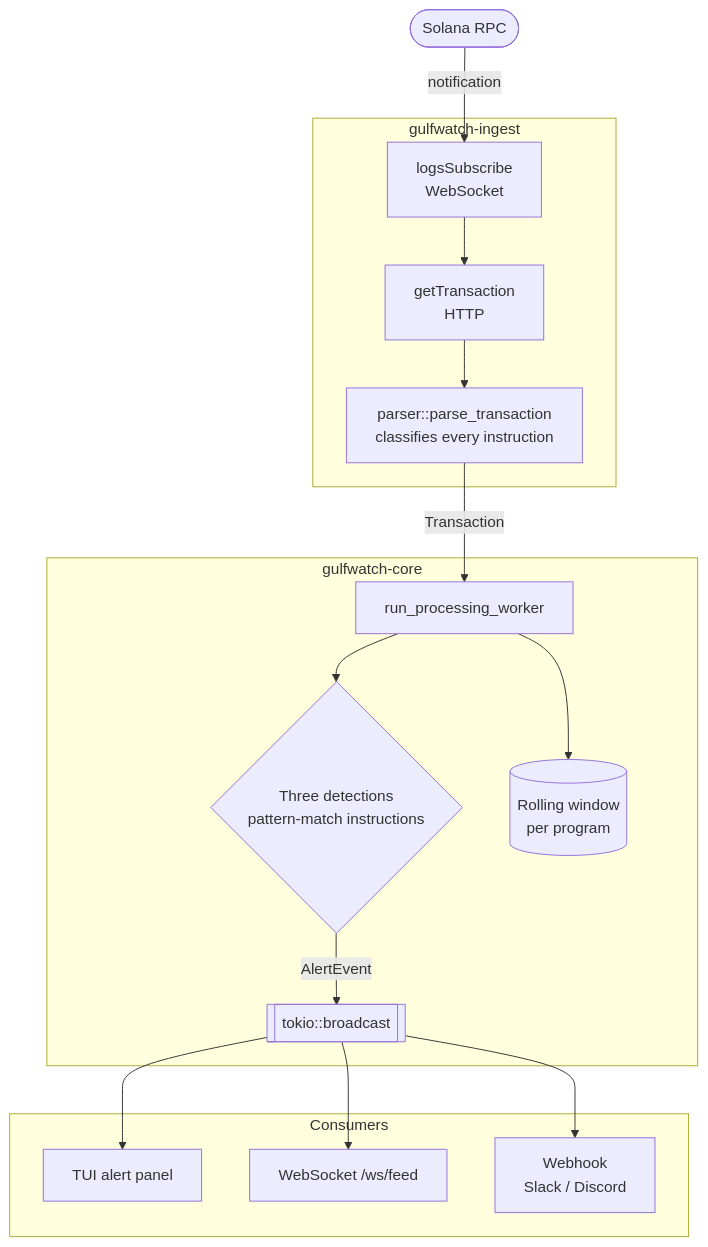
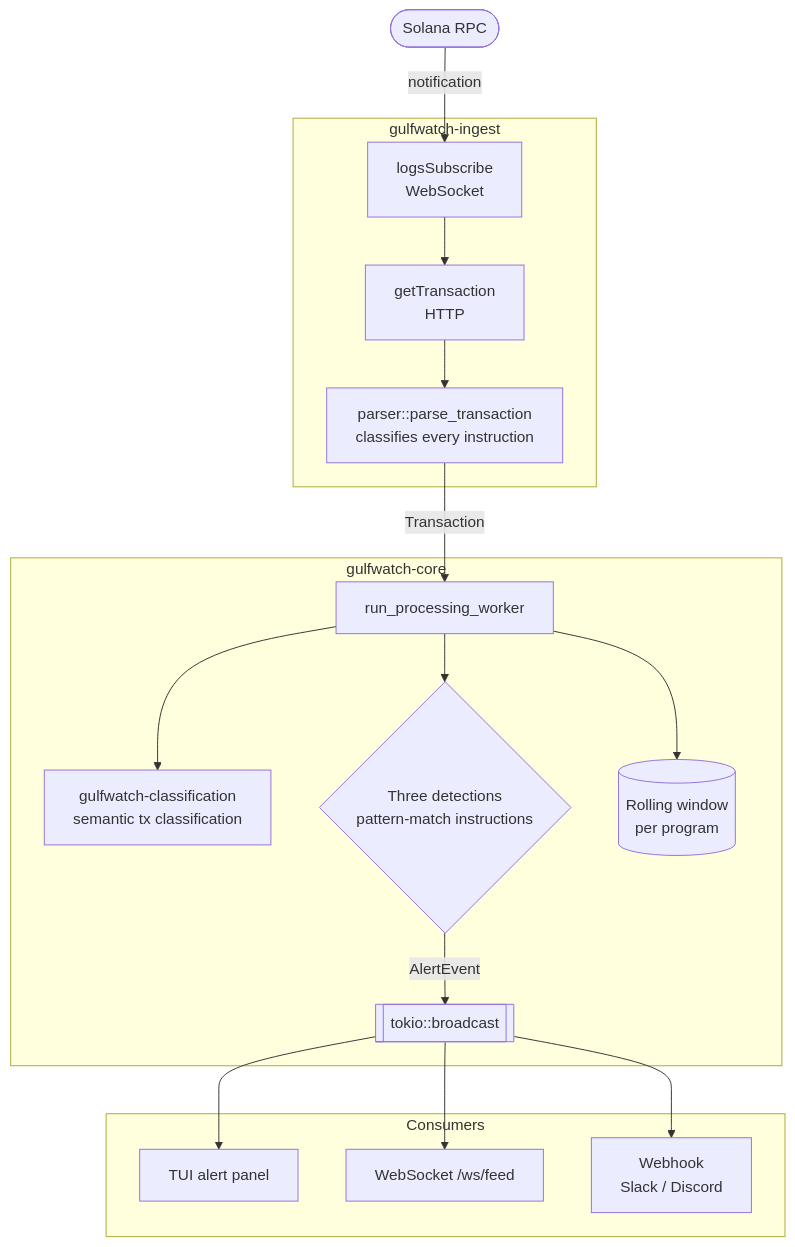
The diagram in docs/architecture.md (meowyx/gulfwatch), drawn with Mermaid before and after one commit. The commit also changed other lines of this file and 25 other files, not shown here.

Commit message:
added semantic transaction classification and debug trace

````diff
--- a/docs/architecture.md
+++ b/docs/architecture.md
@@ -15,34 +15,36 @@
 ```mermaid
 flowchart TD
     Solana([Solana RPC])
 
     subgraph Ingest [gulfwatch-ingest]
         WS[logsSubscribe<br/>WebSocket]
         Fetch[getTransaction<br/>HTTP]
         Parser[parser::parse_transaction<br/>classifies every instruction]
     end
 
     subgraph Core [gulfwatch-core]
         Worker[run_processing_worker]
+        TxClass[gulfwatch-classification<br/>semantic tx classification]
         Detections{Three detections<br/>pattern-match instructions}
         Window[(Rolling window<br/>per program)]
         Broadcast[[tokio::broadcast]]
     end
 
     subgraph Consumers [Consumers]
         TUI[TUI alert panel]
         WSFeed[WebSocket /ws/feed]
         Webhook[Webhook<br/>Slack / Discord]
     end
 
     Solana -->|notification| WS
     WS --> Fetch
     Fetch --> Parser
     Parser -->|Transaction| Worker
+    Worker --> TxClass
     Worker --> Window
     Worker --> Detections
     Detections -->|AlertEvent| Broadcast
     Broadcast --> TUI
     Broadcast --> WSFeed
     Broadcast --> Webhook
 ```
````
